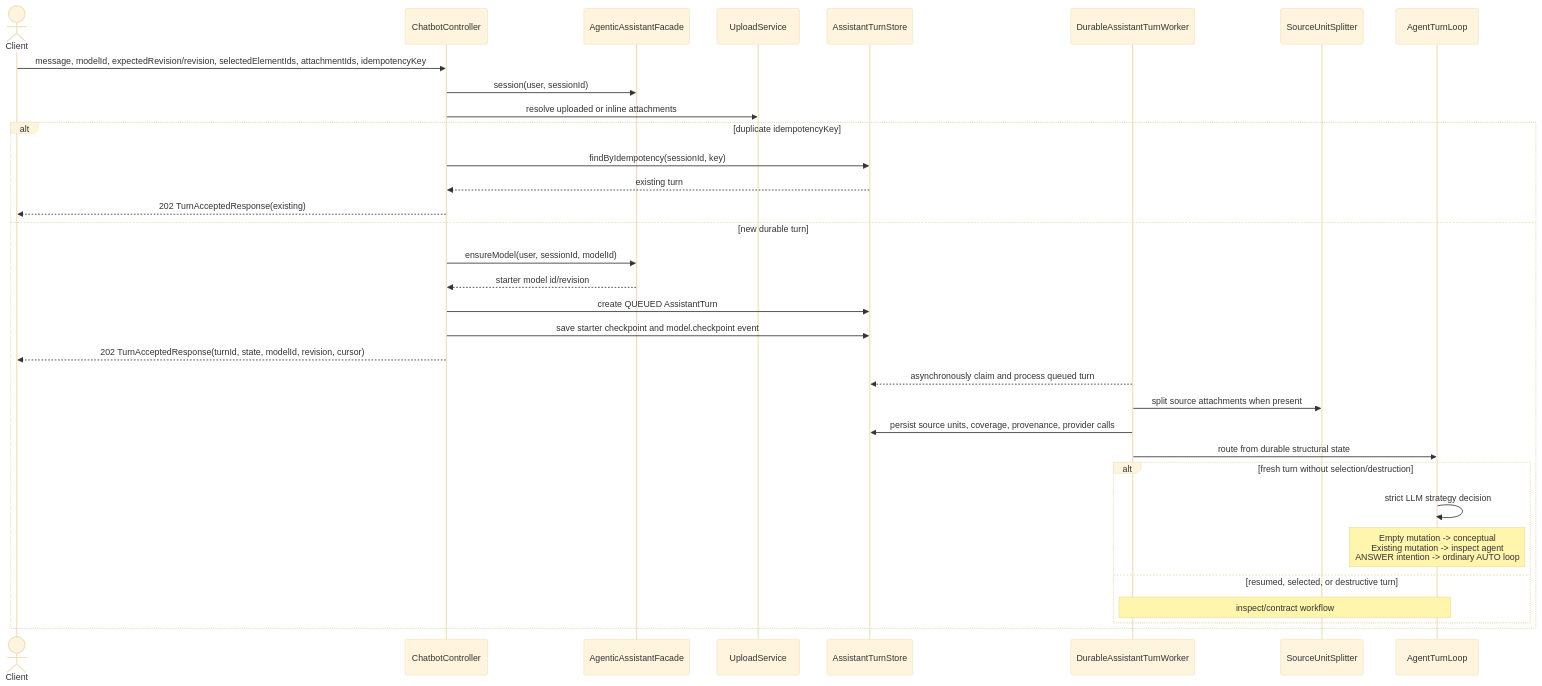
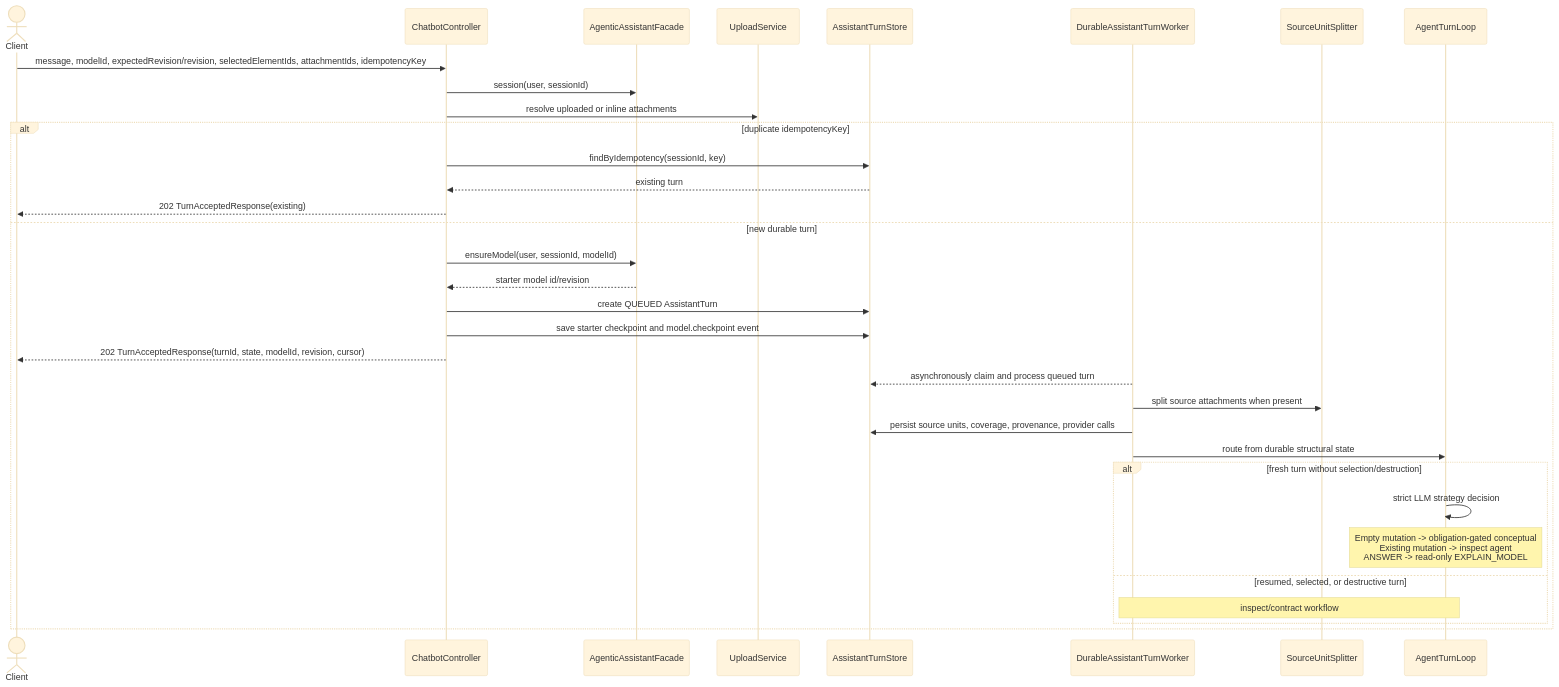
The second of 5 diagrams in docs/diagrams/13-api-assistant-sequences.md (mehdieidi/modriss), drawn with Mermaid (base theme) before and after one commit. The commit also changed 52 other files, not shown here.

First line of the commit message:
test(ai): add tests for agent action schema and turn loop behavior and update docs

````diff
--- a/docs/diagrams/13-api-assistant-sequences.md
+++ b/docs/diagrams/13-api-assistant-sequences.md
@@ -23,36 +23,36 @@
 ```mermaid
 sequenceDiagram
     actor Client
     participant C as ChatbotController
     participant A as AgenticAssistantFacade
     participant U as UploadService
     participant T as AssistantTurnStore
     participant W as DurableAssistantTurnWorker
     participant S as SourceUnitSplitter
     participant L as AgentTurnLoop
 
     Client->>C: message, modelId, expectedRevision/revision, selectedElementIds, attachmentIds, idempotencyKey
     C->>A: session(user, sessionId)
     C->>U: resolve uploaded or inline attachments
     alt duplicate idempotencyKey
         C->>T: findByIdempotency(sessionId, key)
         T-->>C: existing turn
         C-->>Client: 202 TurnAcceptedResponse(existing)
     else new durable turn
         C->>A: ensureModel(user, sessionId, modelId)
         A-->>C: starter model id/revision
         C->>T: create QUEUED AssistantTurn
         C->>T: save starter checkpoint and model.checkpoint event
         C-->>Client: 202 TurnAcceptedResponse(turnId, state, modelId, revision, cursor)
         W-->>T: asynchronously claim and process queued turn
         W->>S: split source attachments when present
         W->>T: persist source units, coverage, provenance, provider calls
         W->>L: route from durable structural state
         alt fresh turn without selection/destruction
             L->>L: strict LLM strategy decision
-            Note over L: Empty mutation -> conceptual<br/>Existing mutation -> inspect agent<br/>ANSWER intention -> ordinary AUTO loop
+            Note over L: Empty mutation -> obligation-gated conceptual<br/>Existing mutation -> inspect agent<br/>ANSWER -> read-only EXPLAIN_MODEL
         else resumed, selected, or destructive turn
             Note over W,L: inspect/contract workflow
         end
     end
 ```
````
